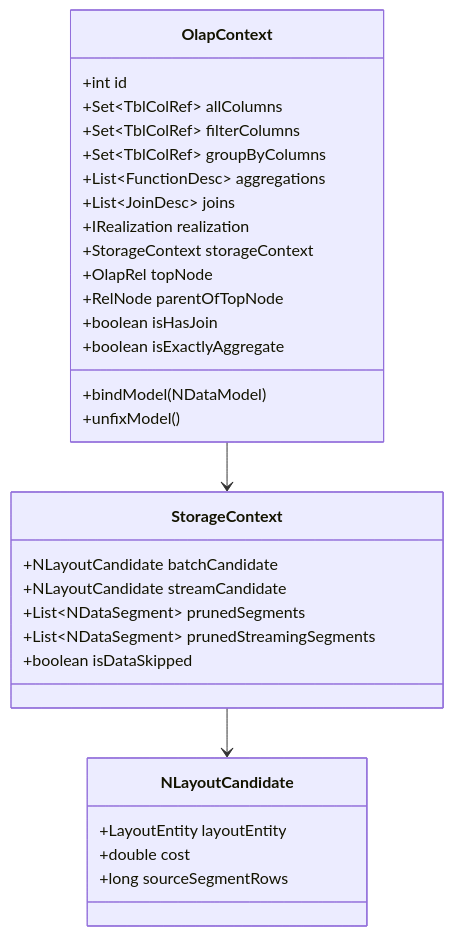
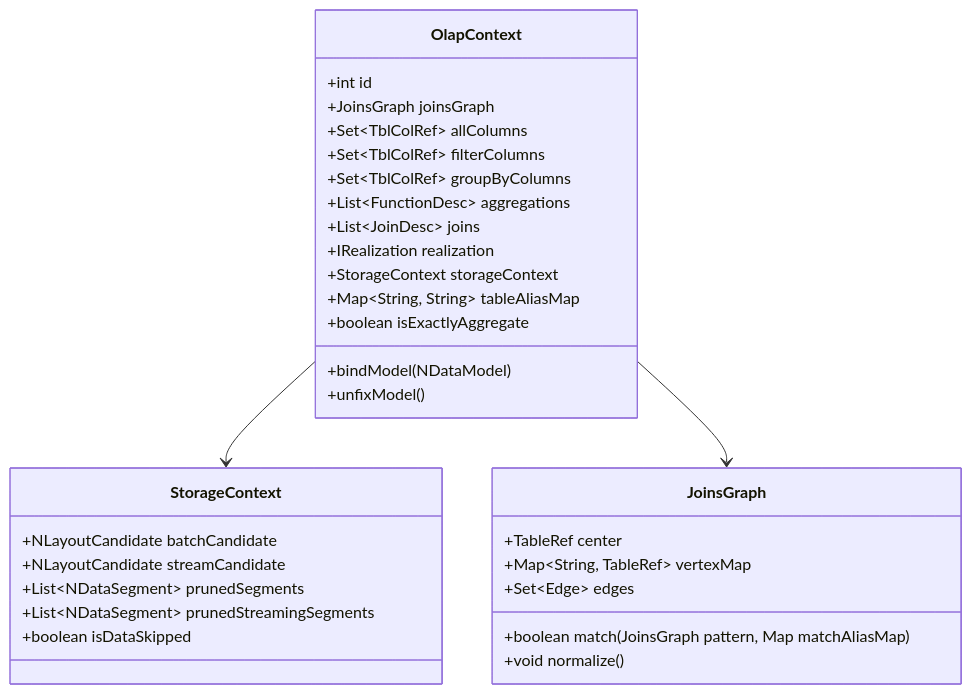
The first of 5 diagrams in posts/2026-08-18-kylin-query-engine-03-olap-context-and-cbo.md (Mrhs121/mrhs121.github.io), drawn with Mermaid before and after one commit. The commit also changed other lines of this file, not shown here.

Commit message:
docs: 深度细化第三篇，全面剖析 JoinsGraph 图同构匹配、双向交换边与 LeftOrInner 归一化

````diff
--- a/posts/2026-08-18-kylin-query-engine-03-olap-context-and-cbo.md
+++ b/posts/2026-08-18-kylin-query-engine-03-olap-context-and-cbo.md
@@ -29,36 +29,37 @@
 ```mermaid
 classDiagram
     class OlapContext {
         +int id
+        +JoinsGraph joinsGraph
         +Set~TblColRef~ allColumns
         +Set~TblColRef~ filterColumns
         +Set~TblColRef~ groupByColumns
         +List~FunctionDesc~ aggregations
         +List~JoinDesc~ joins
         +IRealization realization
         +StorageContext storageContext
-        +OlapRel topNode
-        +RelNode parentOfTopNode
-        +boolean isHasJoin
+        +Map~String, String~ tableAliasMap
         +boolean isExactlyAggregate
         +bindModel(NDataModel)
         +unfixModel()
     }
 
     class StorageContext {
         +NLayoutCandidate batchCandidate
         +NLayoutCandidate streamCandidate
         +List~NDataSegment~ prunedSegments
         +List~NDataSegment~ prunedStreamingSegments
         +boolean isDataSkipped
     }
 
-    class NLayoutCandidate {
-        +LayoutEntity layoutEntity
-        +double cost
-        +long sourceSegmentRows
+    class JoinsGraph {
+        +TableRef center
+        +Map~String, TableRef~ vertexMap
+        +Set~Edge~ edges
+        +boolean match(JoinsGraph pattern, Map matchAliasMap)
+        +void normalize()
     }
 
     OlapContext --> StorageContext
-    StorageContext --> NLayoutCandidate
+    OlapContext --> JoinsGraph
 ```
````
